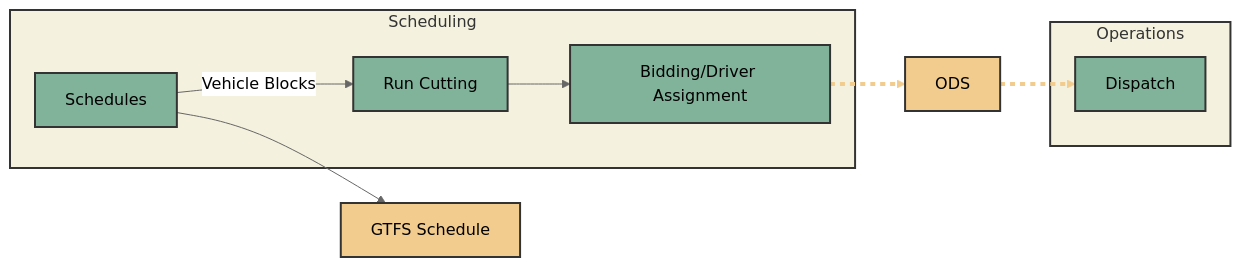
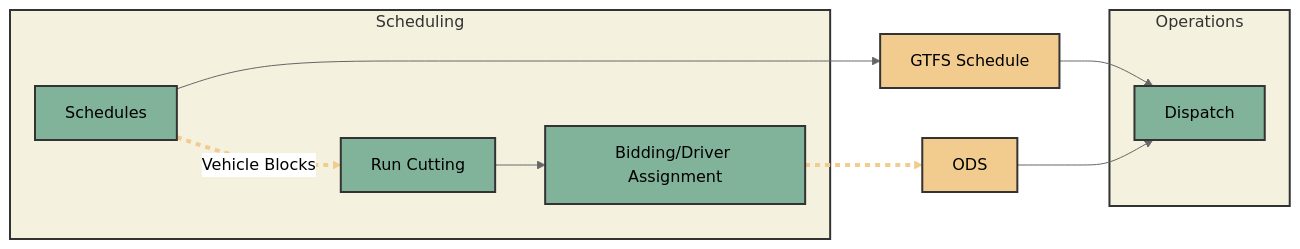
One commit to cal-itp/operational-data-standard changed the diagram in docs/index.md. Above: the diagram before and after it, drawn with Mermaid (neutral theme).

Commit message:
add line from GTFS Schedule to operations

````diff
--- a/docs/index.md
+++ b/docs/index.md
@@ -7,32 +7,33 @@
 ```mermaid
 graph LR
     subgraph Scheduling
         I[Schedules]
         M[Run Cutting]
         N[Bidding/Driver Assignment]
         M --> N
     end
     style Scheduling fill:#f4f1deff, stroke:#333, stroke-width:2px
     style I fill:#81b29aff,stroke:#333,stroke-width:2px
     style M fill:#81b29aff,stroke:#333,stroke-width:2px
     style N fill:#81b29aff,stroke:#333,stroke-width:2px
 
     P[GTFS Schedule]
     S[ODS]
     style P fill:#f2cc8fff,stroke:#333,stroke-width:2px
     style S fill:#f2cc8fff,stroke:#333,stroke-width:2px
 
     subgraph Operations
         R[Dispatch]
     end
     style Operations fill:#f4f1deff, stroke:#333, stroke-width:2px
     style R fill:#81b29aff,stroke:#333,stroke-width:2px
 
     I --> P
+    P --> R
     I -->|Vehicle Blocks| M
     N --> S
     S --> R
     linkStyle 3 stroke:#f2cc8fff,stroke-width:4px,stroke-dasharray: 5, 5
     linkStyle 4 stroke:#f2cc8fff,stroke-width:4px,stroke-dasharray: 5, 5
 
 ```
````
